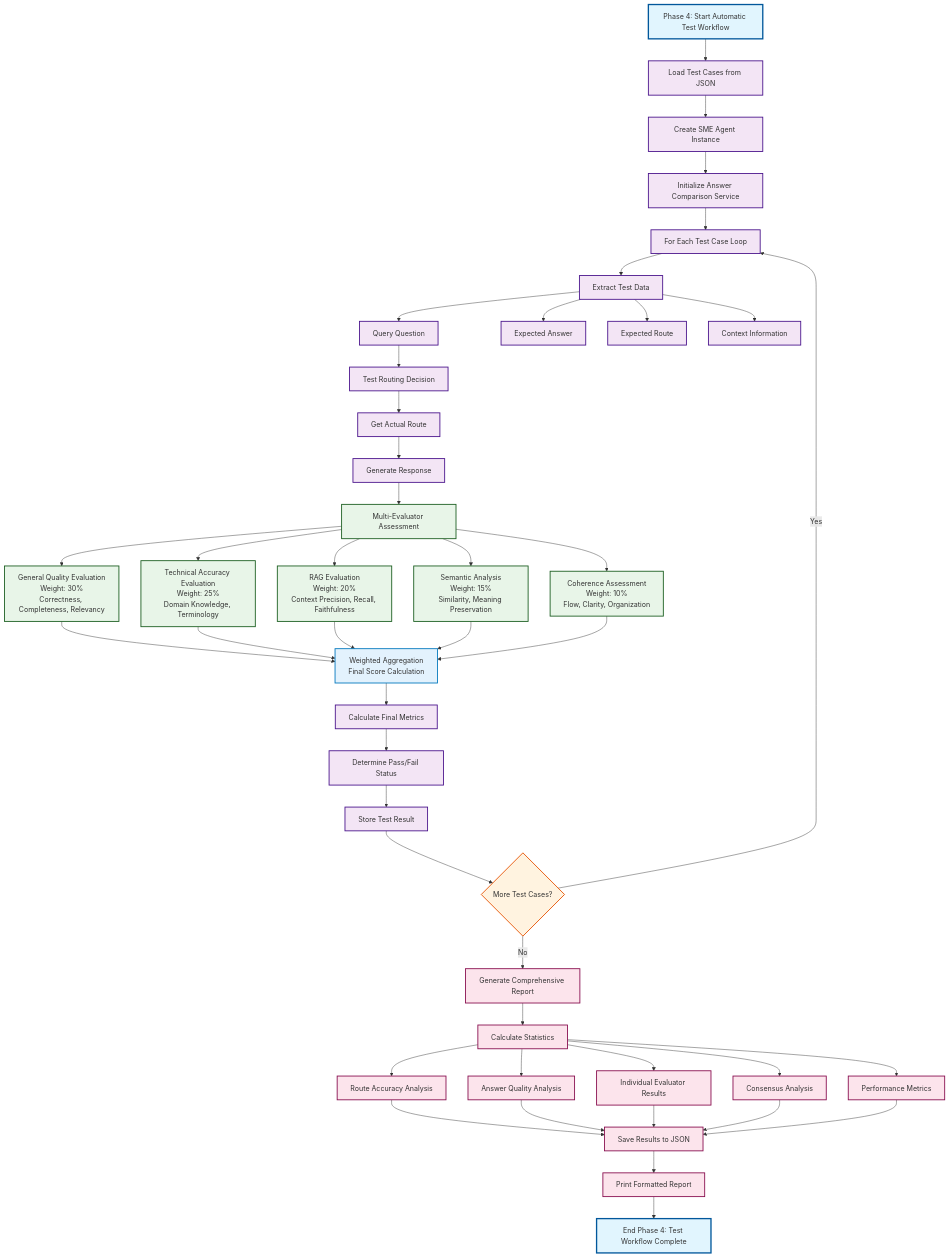
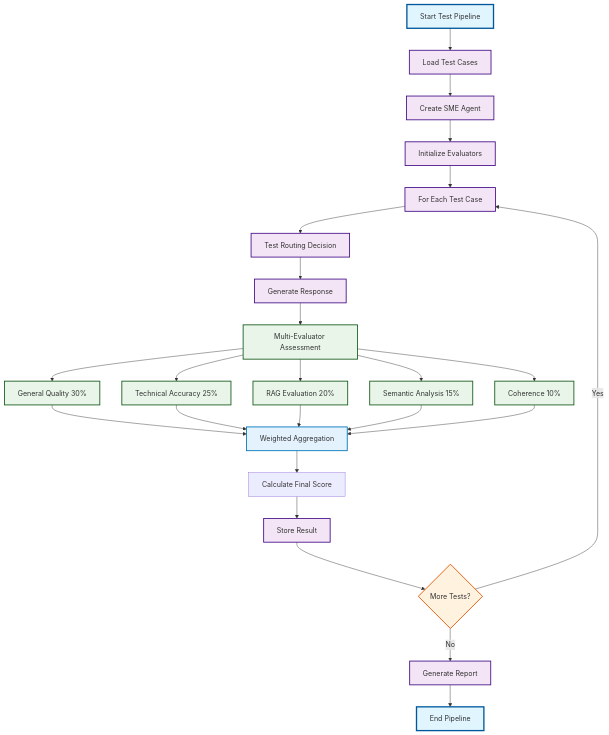
One commit to wiedersehne/Ida-arch changed the diagram in README.md. Above: the diagram before and after it, drawn with Mermaid.

Commit message:
Revise Mermaid diagram for test workflow

````diff
--- a/README.md
+++ b/README.md
@@ -5,69 +5,45 @@
 ```mermaid
 graph TD
-    A[Phase 4: Start Automatic Test Workflow] --> B[Load Test Cases from JSON]
-    B --> C[Create SME Agent Instance]
-    C --> D[Initialize Answer Comparison Service]
+    A[Start Test Pipeline] --> B[Load Test Cases]
+    B --> C[Create SME Agent]
+    C --> D[Initialize Evaluators]
     
-    D --> E[For Each Test Case Loop]
-    E --> F[Extract Test Data]
-    F --> G[Query Question]
-    F --> H[Expected Answer]
-    F --> I[Expected Route]
-    F --> J[Context Information]
+    D --> E[For Each Test Case]
+    E --> F[Test Routing Decision]
+    F --> G[Generate Response]
     
-    G --> K[Test Routing Decision]
-    K --> L[Get Actual Route]
-    L --> M[Generate Response]
+    G --> H[Multi-Evaluator Assessment]
+    H --> I[General Quality 30%]
+    H --> J[Technical Accuracy 25%]
+    H --> K[RAG Evaluation 20%]
+    H --> L[Semantic Analysis 15%]
+    H --> M[Coherence 10%]
     
-    M --> N[Multi-Evaluator Assessment]
-    N --> O[General Quality Evaluation<br/>Weight: 30%<br/>Correctness, Completeness, Relevancy]
-    N --> P[Technical Accuracy Evaluation<br/>Weight: 25%<br/>Domain Knowledge, Terminology]
-    N --> Q[RAG Evaluation<br/>Weight: 20%<br/>Context Precision, Recall, Faithfulness]
-    N --> R[Semantic Analysis<br/>Weight: 15%<br/>Similarity, Meaning Preservation]
-    N --> S[Coherence Assessment<br/>Weight: 10%<br/>Flow, Clarity, Organization]
+    I --> N[Weighted Aggregation]
+    J --> N
+    K --> N
+    L --> N
+    M --> N
     
-    O --> T[Weighted Aggregation<br/>Final Score Calculation]
-    P --> T
-    Q --> T
-    R --> T
-    S --> T
+    N --> O[Calculate Final Score]
+    O --> P[Store Result]
     
-    T --> U[Calculate Final Metrics]
-    U --> V[Determine Pass/Fail Status]
-    V --> W[Store Test Result]
+    P --> Q{More Tests?}
+    Q -->|Yes| E
+    Q -->|No| R[Generate Report]
     
-    W --> X{More Test Cases?}
-    X -->|Yes| E
-    X -->|No| Y[Generate Comprehensive Report]
-    
-    Y --> Z[Calculate Statistics]
-    Z --> AA[Route Accuracy Analysis]
-    Z --> BB[Answer Quality Analysis]
-    Z --> CC[Individual Evaluator Results]
-    Z --> DD[Consensus Analysis]
-    Z --> EE[Performance Metrics]
-    
-    AA --> FF[Save Results to JSON]
-    BB --> FF
-    CC --> FF
-    DD --> FF
-    EE --> FF
-    
-    FF --> GG[Print Formatted Report]
-    GG --> HH[End Phase 4: Test Workflow Complete]
+    R --> S[End Pipeline]
     
     %% Styling
     classDef startEnd fill:#e1f5fe,stroke:#01579b,stroke-width:3px
     classDef process fill:#f3e5f5,stroke:#4a148c,stroke-width:2px
     classDef evaluator fill:#e8f5e8,stroke:#1b5e20,stroke-width:2px
     classDef decision fill:#fff3e0,stroke:#e65100,stroke-width:2px
-    classDef report fill:#fce4ec,stroke:#880e4f,stroke-width:2px
     classDef aggregation fill:#e3f2fd,stroke:#0277bd,stroke-width:2px
     
-    class A,HH startEnd
-    class B,C,D,E,F,G,H,I,J,K,L,M,U,V,W process
-    class N,O,P,Q,R,S evaluator
-    class T aggregation
-    class X decision
-    class Y,Z,AA,BB,CC,DD,EE,FF,GG report
+    class A,S startEnd
+    class B,C,D,E,F,G,P,R process
+    class H,I,J,K,L,M evaluator
+    class N aggregation
+    class Q decision
 ```
````
